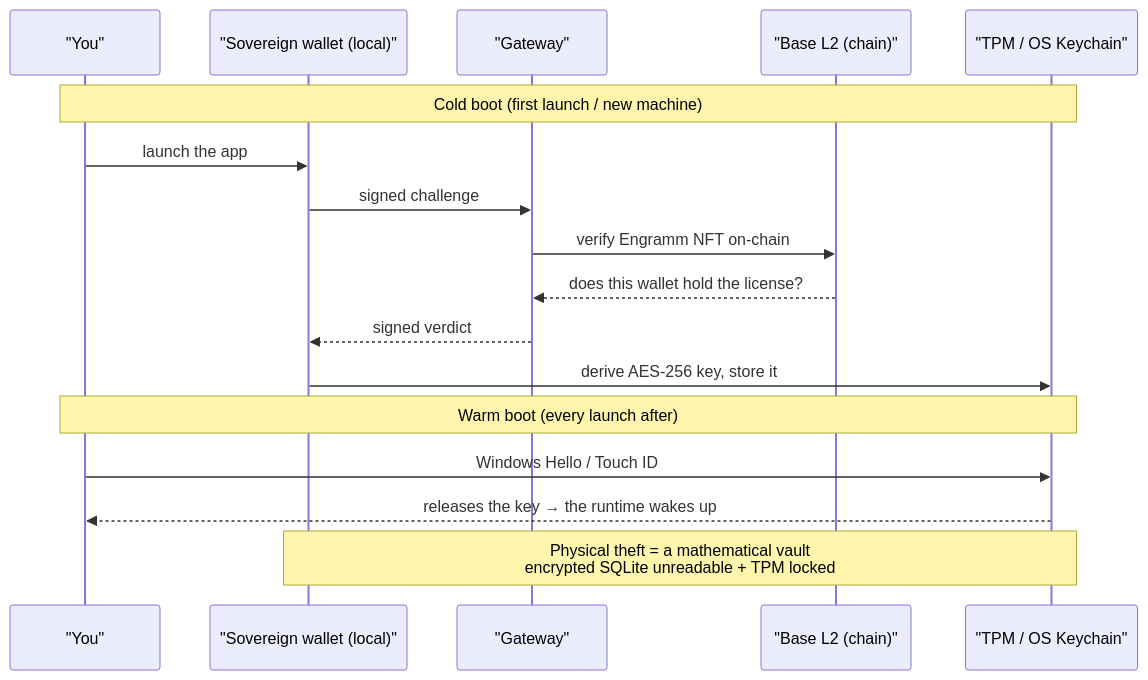
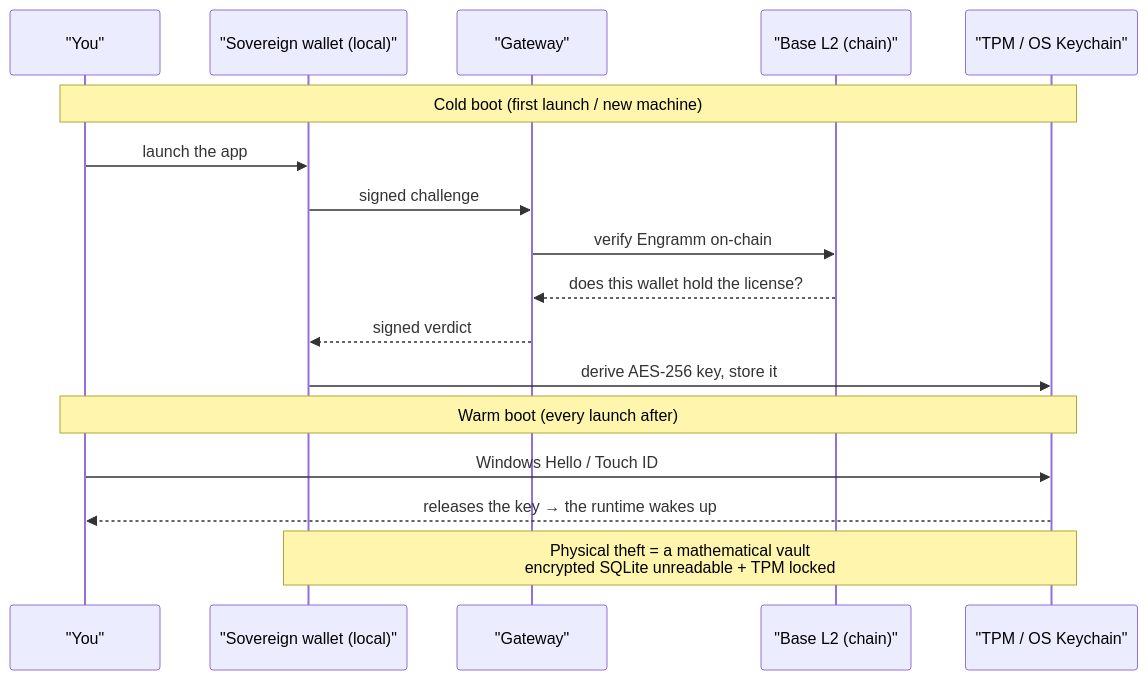
The third of 3 diagrams in README.md (Mnemosyne-OS/Mnemosyne-Neural-OS), drawn with Mermaid before and after one commit. The commit also changed other lines of this file, not shown here.

First line of the commit message:
docs(readme): drop the word "NFT" — talk about Engramm only

````diff
--- a/README.md
+++ b/README.md
@@ -218,22 +218,22 @@
 ```mermaid
 sequenceDiagram
     participant U as "You"
     participant W as "Sovereign wallet (local)"
     participant G as "Gateway"
     participant C as "Base L2 (chain)"
     participant T as "TPM / OS Keychain"
 
     Note over U,T: Cold boot (first launch / new machine)
     U->>W: launch the app
     W->>G: signed challenge
-    G->>C: verify Engramm NFT on-chain
+    G->>C: verify Engramm on-chain
     C-->>G: does this wallet hold the license?
     G-->>W: signed verdict
     W->>T: derive AES-256 key, store it
 
     Note over U,T: Warm boot (every launch after)
     U->>T: Windows Hello / Touch ID
     T-->>U: releases the key → the runtime wakes up
 
     Note over W,T: Physical theft = a mathematical vault<br/>encrypted SQLite unreadable + TPM locked
 ```
````
